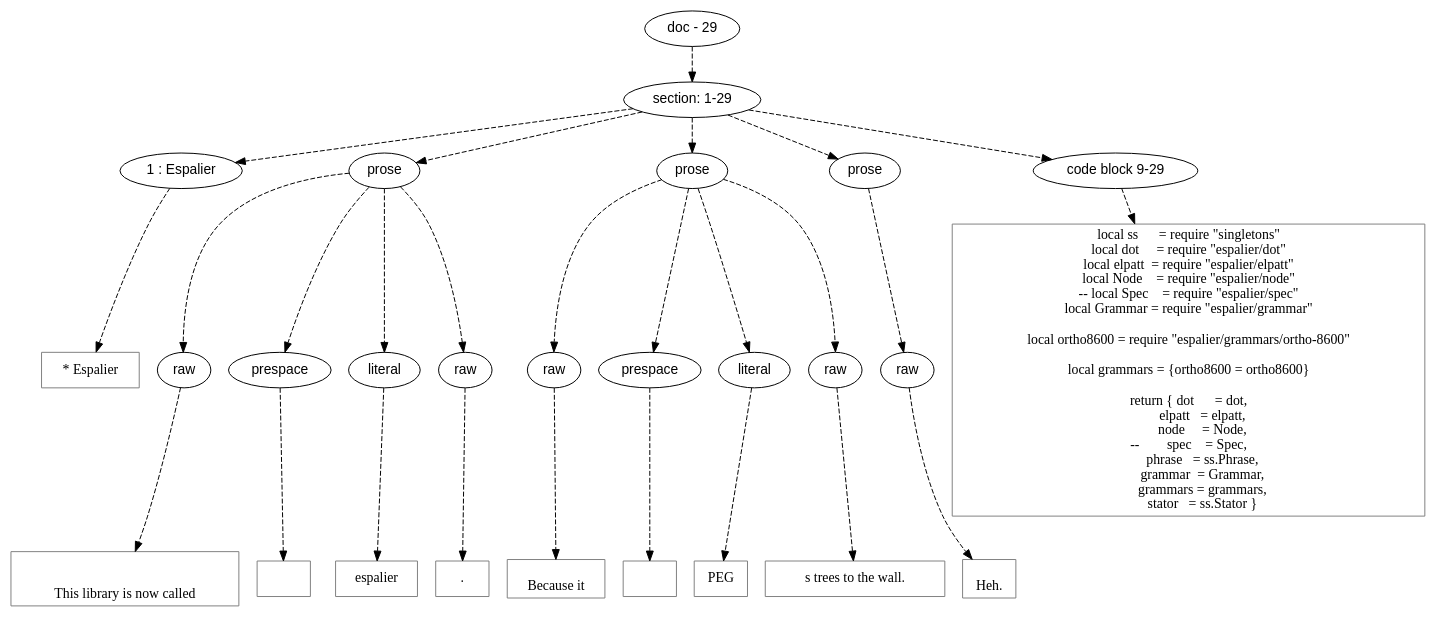
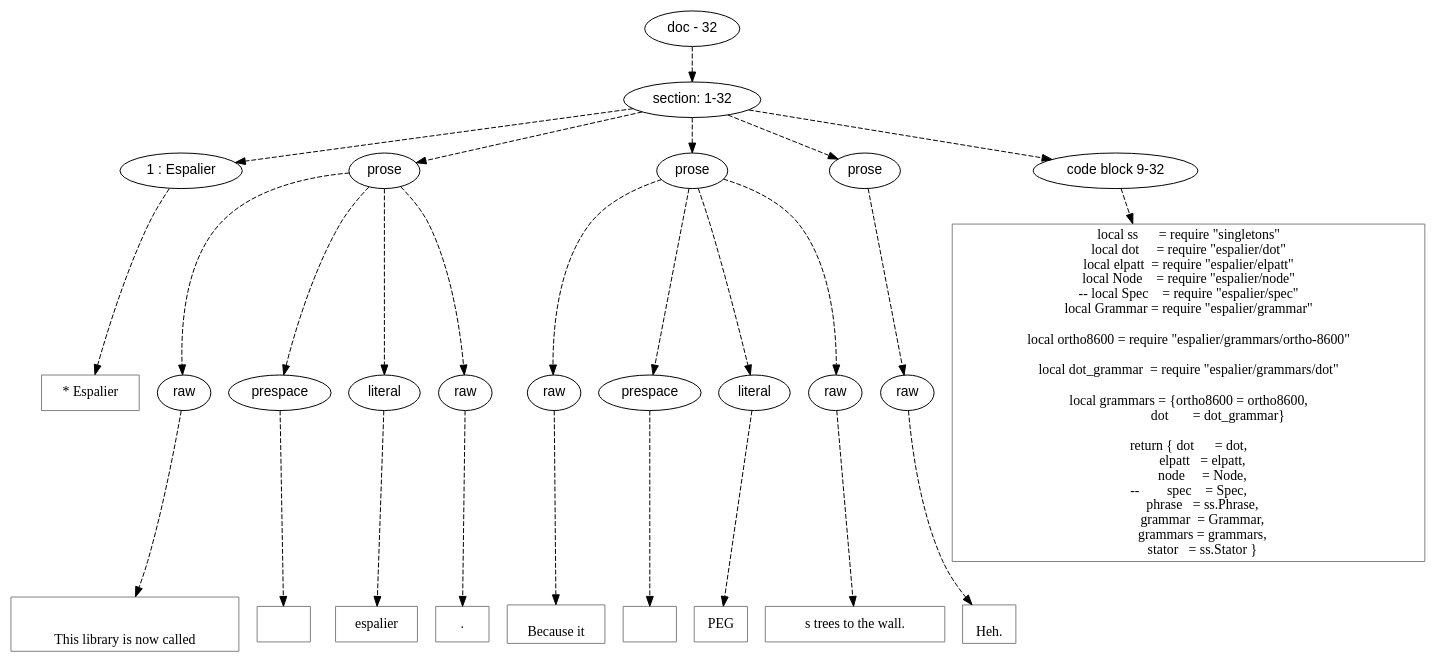
One commit to orb-lang/espalier changed the diagram in doc/dot/espalier.dot. Above: the diagram before and after it, drawn with Graphviz. The commit also changed 19 other files, not shown here.

```diff
--- a/doc/dot/espalier.dot
+++ b/doc/dot/espalier.dot
@@ -1,139 +1,142 @@
 digraph lpegNode {
 
 node [fontname=Helvetica]
 edge [style=dashed]
 
-doc_0 [label="doc - 29"]
+doc_0 [label="doc - 32"]
 
 
 doc_0 -> { section_1}
 {rank=same; section_1}
 
-section_1 [label="section: 1-29"]
+section_1 [label="section: 1-32"]
 
 
 // END RANK doc_0
 
 section_1 -> { header_2 prose_3 prose_4 prose_5 codeblock_6}
 {rank=same; header_2 prose_3 prose_4 prose_5 codeblock_6}
 
 header_2 [label="1 : Espalier"]
 
 prose_3 [label="prose"]
 
 prose_4 [label="prose"]
 
 prose_5 [label="prose"]
 
-codeblock_6 [label="code block 9-29"]
+codeblock_6 [label="code block 9-32"]
 
 
 // END RANK section_1
 
 header_2 -> leaf_7
 leaf_7  [color=Gray,shape=rectangle,fontname=Inconsolata,label="* Espalier"]
 // END RANK header_2
 
 prose_3 -> { raw_8 prespace_9 literal_10 raw_11}
 {rank=same; raw_8 prespace_9 literal_10 raw_11}
 
 raw_8 [label="raw"]
 
 prespace_9 [label="prespace"]
 
 literal_10 [label="literal"]
 
 raw_11 [label="raw"]
 
 
 // END RANK prose_3
 
 raw_8 -> leaf_12
 leaf_12  [color=Gray,shape=rectangle,fontname=Inconsolata,label="
 
 This library is now called"]
 // END RANK raw_8
 
 prespace_9 -> leaf_13
 leaf_13  [color=Gray,shape=rectangle,fontname=Inconsolata,label=" "]
 // END RANK prespace_9
 
 literal_10 -> leaf_14
 leaf_14  [color=Gray,shape=rectangle,fontname=Inconsolata,label="espalier"]
 // END RANK literal_10
 
 raw_11 -> leaf_15
 leaf_15  [color=Gray,shape=rectangle,fontname=Inconsolata,label=".
 "]
 // END RANK raw_11
 
 prose_4 -> { raw_16 prespace_17 literal_18 raw_19}
 {rank=same; raw_16 prespace_17 literal_18 raw_19}
 
 raw_16 [label="raw"]
 
 prespace_17 [label="prespace"]
 
 literal_18 [label="literal"]
 
 raw_19 [label="raw"]
 
 
 // END RANK prose_4
 
 raw_16 -> leaf_20
 leaf_20  [color=Gray,shape=rectangle,fontname=Inconsolata,label="
 Because it"]
 // END RANK raw_16
 
 prespace_17 -> leaf_21
 leaf_21  [color=Gray,shape=rectangle,fontname=Inconsolata,label=" "]
 // END RANK prespace_17
 
 literal_18 -> leaf_22
 leaf_22  [color=Gray,shape=rectangle,fontname=Inconsolata,label="PEG"]
 // END RANK literal_18
 
 raw_19 -> leaf_23
 leaf_23  [color=Gray,shape=rectangle,fontname=Inconsolata,label="s trees to the wall.
 "]
 // END RANK raw_19
 
 prose_5 -> { raw_24}
 {rank=same; raw_24}
 
 raw_24 [label="raw"]
 
 
 // END RANK prose_5
 
 raw_24 -> leaf_25
 leaf_25  [color=Gray,shape=rectangle,fontname=Inconsolata,label="
 Heh.
 "]
 // END RANK raw_24
 
 codeblock_6 -> leaf_26
 leaf_26  [color=Gray,shape=rectangle,fontname=Inconsolata,label="local ss      = require \"singletons\"
 local dot     = require \"espalier/dot\"
 local elpatt  = require \"espalier/elpatt\"
 local Node    = require \"espalier/node\"
 -- local Spec    = require \"espalier/spec\"
 local Grammar = require \"espalier/grammar\"
 
 local ortho8600 = require \"espalier/grammars/ortho-8600\"
 
-local grammars = {ortho8600 = ortho8600}
+local dot_grammar  = require \"espalier/grammars/dot\"
+
+local grammars = {ortho8600 = ortho8600,
+                  dot       = dot_grammar}
 
 return { dot      = dot,
          elpatt   = elpatt,
          node     = Node,
  --        spec    = Spec,
          phrase   = ss.Phrase,
          grammar  = Grammar,
          grammars = grammars,
          stator   = ss.Stator }"]
 // END RANK codeblock_6
 
 
 }
```
